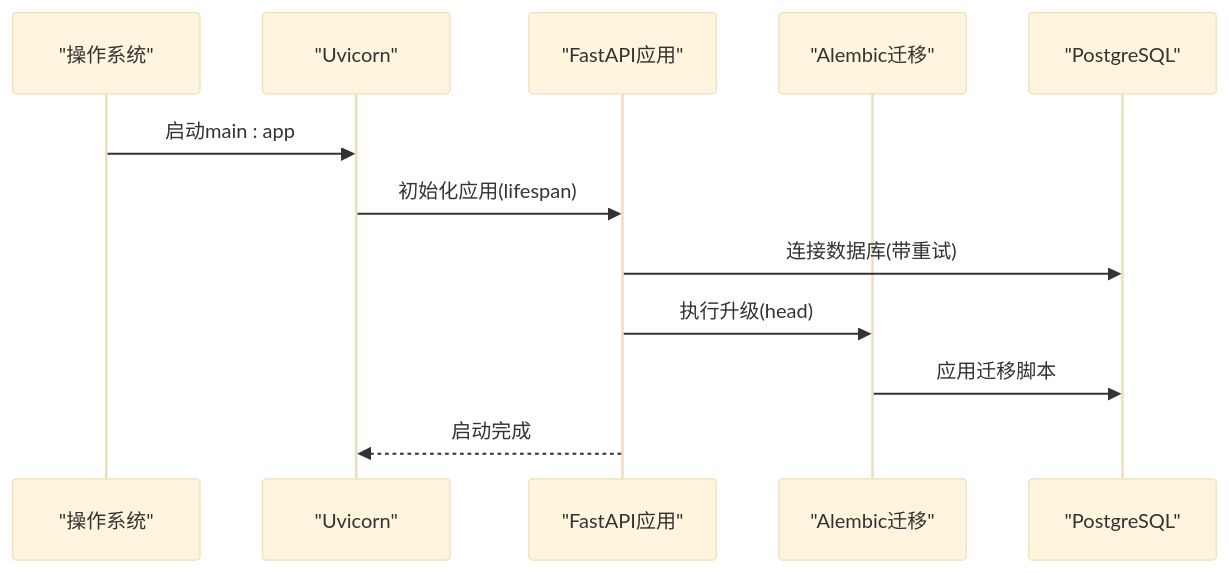
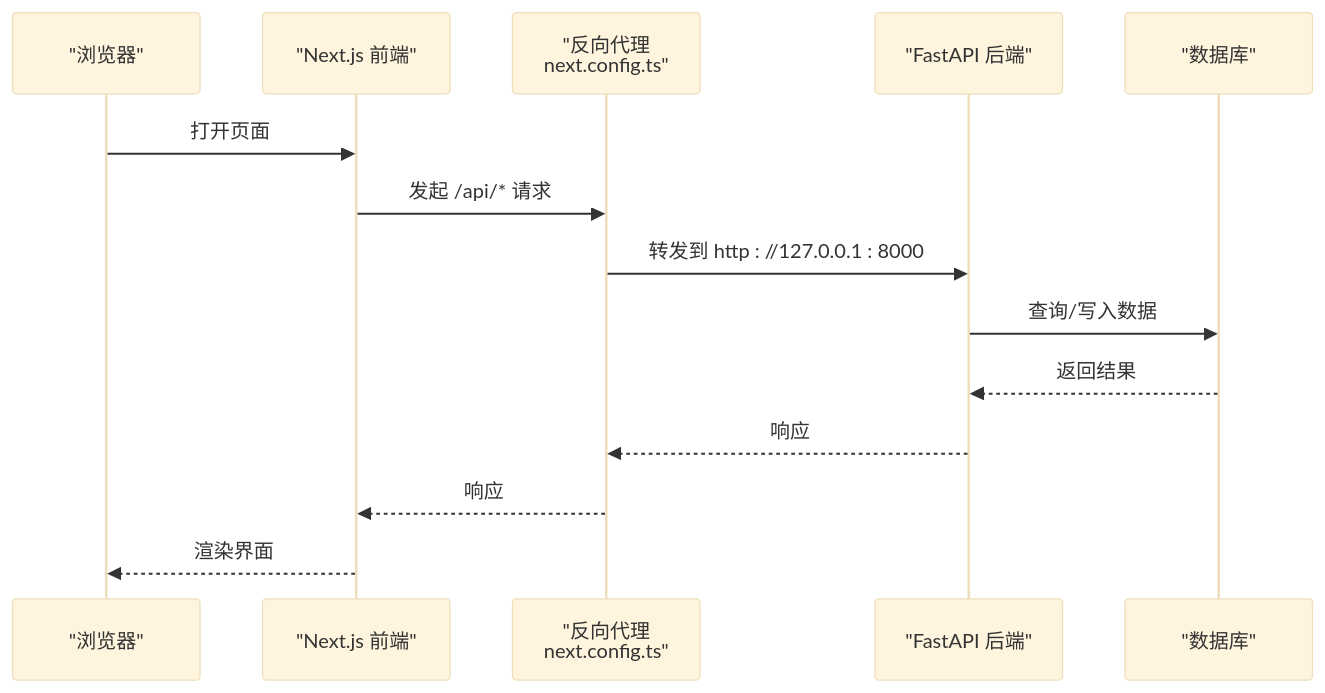
One commit to KunLabAI/KunFlix changed the second of 5 diagrams in .qoder/repowiki/zh/content/快速开始.md. Above: the diagram before and after it, drawn with Mermaid (base theme). The commit also changed other lines of this file and 275 other files, not shown here.

````diff
--- a/.qoder/repowiki/zh/content/快速开始.md
+++ b/.qoder/repowiki/zh/content/快速开始.md
@@ -149,14 +118,16 @@
 ```mermaid
 sequenceDiagram
-participant OS as "操作系统"
-participant Uvicorn as "Uvicorn"
-participant App as "FastAPI应用"
-participant Alembic as "Alembic迁移"
-participant DB as "PostgreSQL"
-OS->>Uvicorn : 启动main : app
-Uvicorn->>App : 初始化应用(lifespan)
-App->>DB : 连接数据库(带重试)
-App->>Alembic : 执行升级(head)
-Alembic->>DB : 应用迁移脚本
-App-->>Uvicorn : 启动完成
+participant Browser as "浏览器"
+participant Next as "Next.js 前端"
+participant Proxy as "反向代理<br/>next.config.ts"
+participant API as "FastAPI 后端"
+participant DB as "数据库"
+Browser->>Next : 打开页面
+Next->>Proxy : 发起 /api/* 请求
+Proxy->>API : 转发到 http : //127.0.0.1 : 8000
+API->>DB : 查询/写入数据
+DB-->>API : 返回结果
+API-->>Proxy : 响应
+Proxy-->>Next : 响应
+Next-->>Browser : 渲染界面
 ```
````
